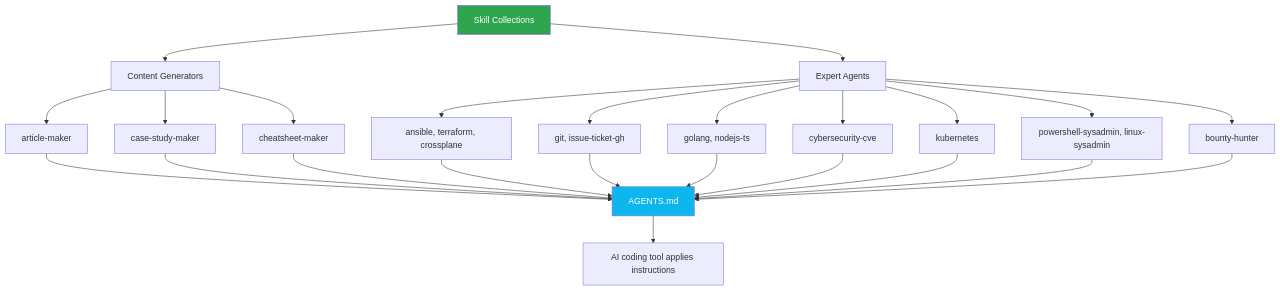
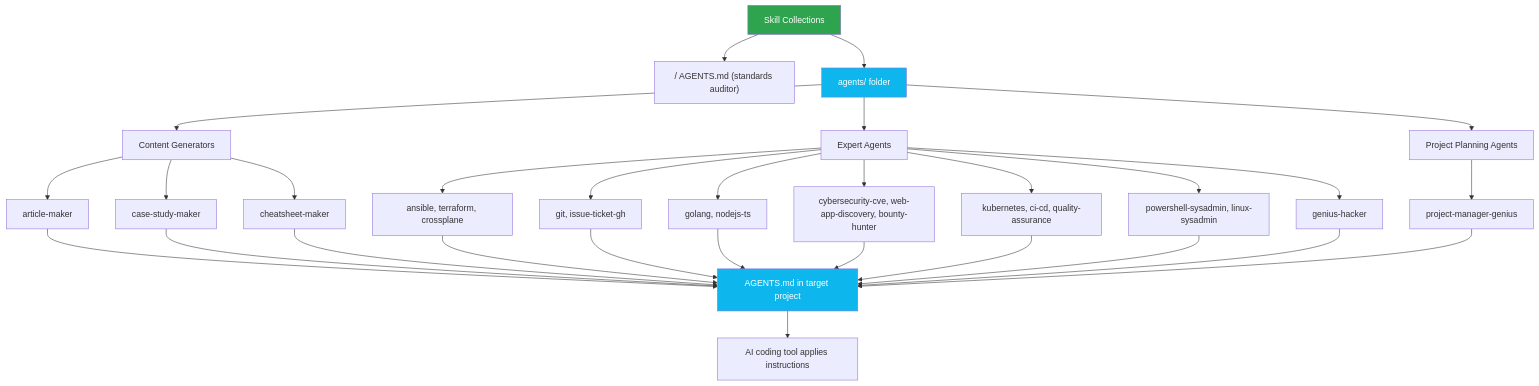
Before and after one commit to marcuwynu23/skill-collections: the diagram in README.md, drawn with Mermaid. The commit also changed other lines of this file, not shown here.

Commit message:
docs: update README links, badge, and skill index for agents layout

````diff
--- a/README.md
+++ b/README.md
@@ -46,23 +47,29 @@
 ```mermaid
 flowchart TD
-    A[Skill Collections] --> B[Content Generators]
-    A --> C[Expert Agents]
+    A[Skill Collections] --> R0["/ AGENTS.md (standards auditor)"]
+    A --> L["agents/ folder"]
+    L --> B[Content Generators]
+    L --> C[Expert Agents]
+    L --> P[Project Planning Agents]
 
     B --> B1[article-maker]
     B --> B2[case-study-maker]
     B --> B3[cheatsheet-maker]
 
     C --> C1[ansible, terraform, crossplane]
     C --> C2[git, issue-ticket-gh]
     C --> C3[golang, nodejs-ts]
-    C --> C4[cybersecurity-cve]
-    C --> C5[kubernetes]
+    C --> C4[cybersecurity-cve, web-app-discovery, bounty-hunter]
+    C --> C5[kubernetes, ci-cd, quality-assurance]
     C --> C6[powershell-sysadmin, linux-sysadmin]
-    C --> C7[bounty-hunter]
+    C --> C7[genius-hacker]
 
-    B1 & B2 & B3 & C1 & C2 & C3 & C4 & C5 & C6 & C7 --> D[AGENTS.md]
+    P --> P1[project-manager-genius]
+
+    B1 & B2 & B3 & C1 & C2 & C3 & C4 & C5 & C6 & C7 & P1 --> D[AGENTS.md in target project]
     D --> E[AI coding tool applies instructions]
 
     style A fill:#2ea44f,color:#fff
+    style L fill:#0db7ed,color:#fff
     style D fill:#0db7ed,color:#fff
 ```
````
